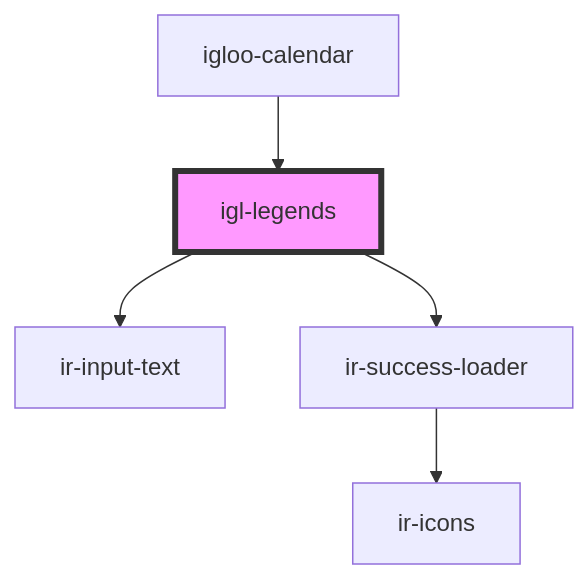
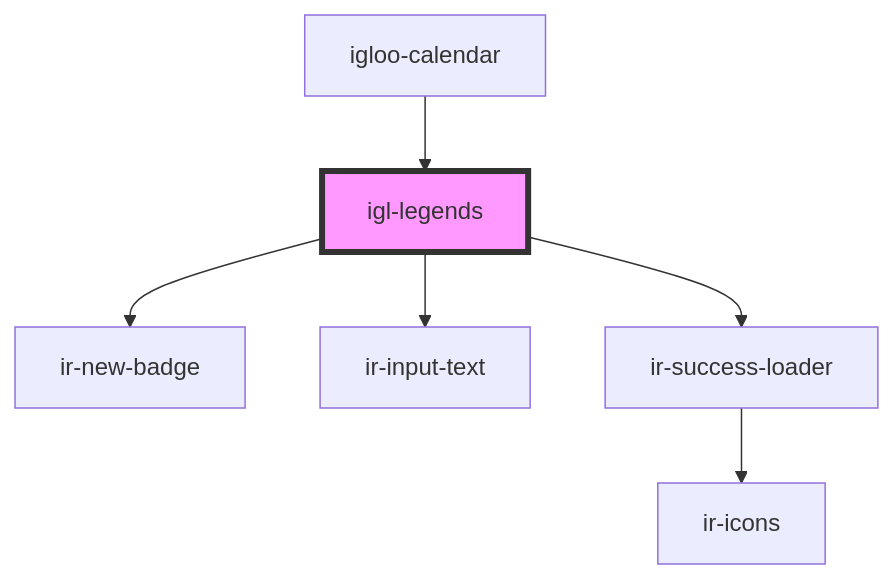
One commit to David1Chowaifaty/modified-ir-webcmp changed the diagram in src/components/igloo-calendar/igl-legends/readme.md. Above: the diagram before and after it, drawn with Mermaid. The commit also changed other lines of this file and 46 other files, not shown here.

````diff
--- a/src/components/igloo-calendar/igl-legends/readme.md
+++ b/src/components/igloo-calendar/igl-legends/readme.md
@@ -34,8 +35,9 @@
 ```mermaid
 graph TD;
+  igl-legends --> ir-new-badge
   igl-legends --> ir-input-text
   igl-legends --> ir-success-loader
   ir-success-loader --> ir-icons
   igloo-calendar --> igl-legends
   style igl-legends fill:#f9f,stroke:#333,stroke-width:4px
 ```
````
